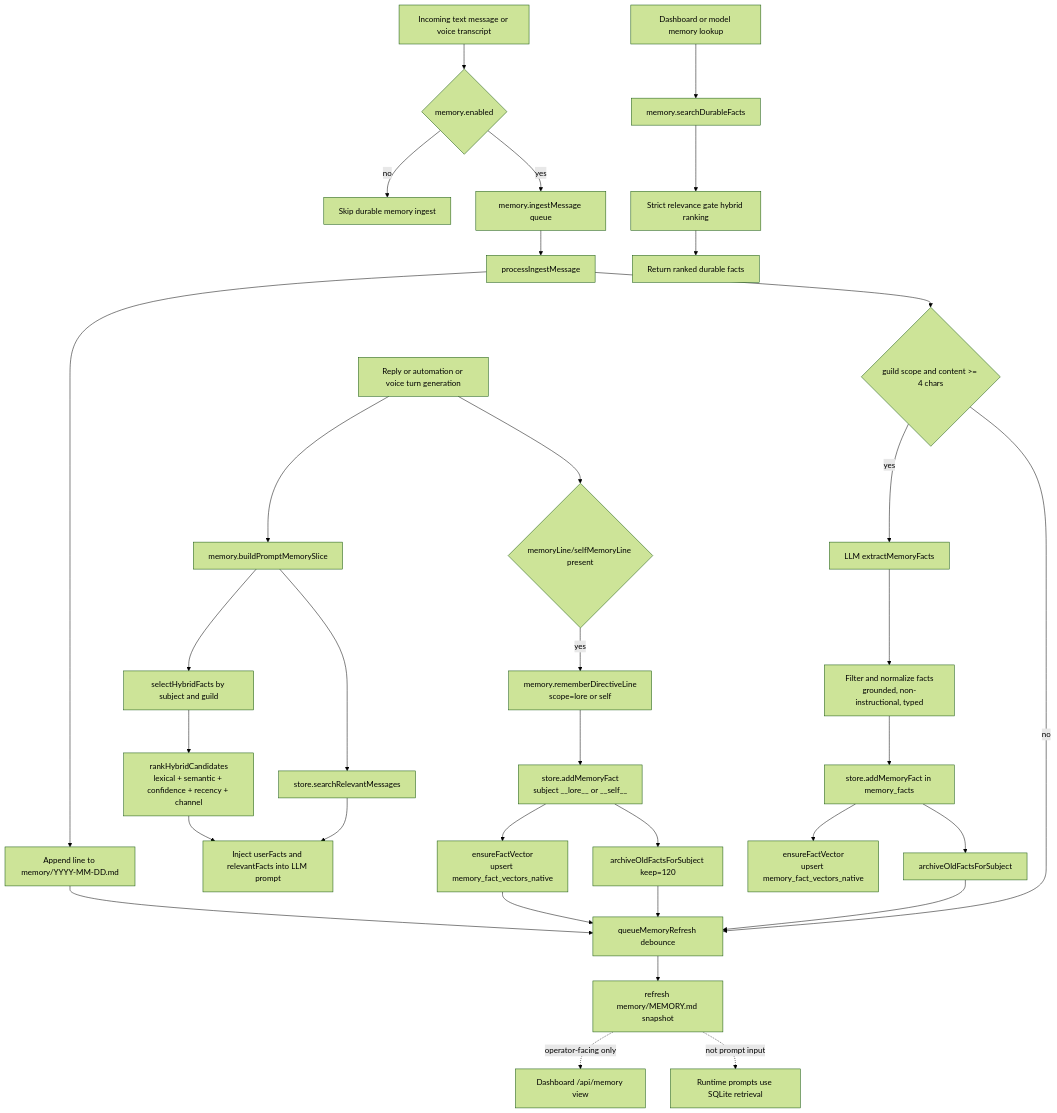
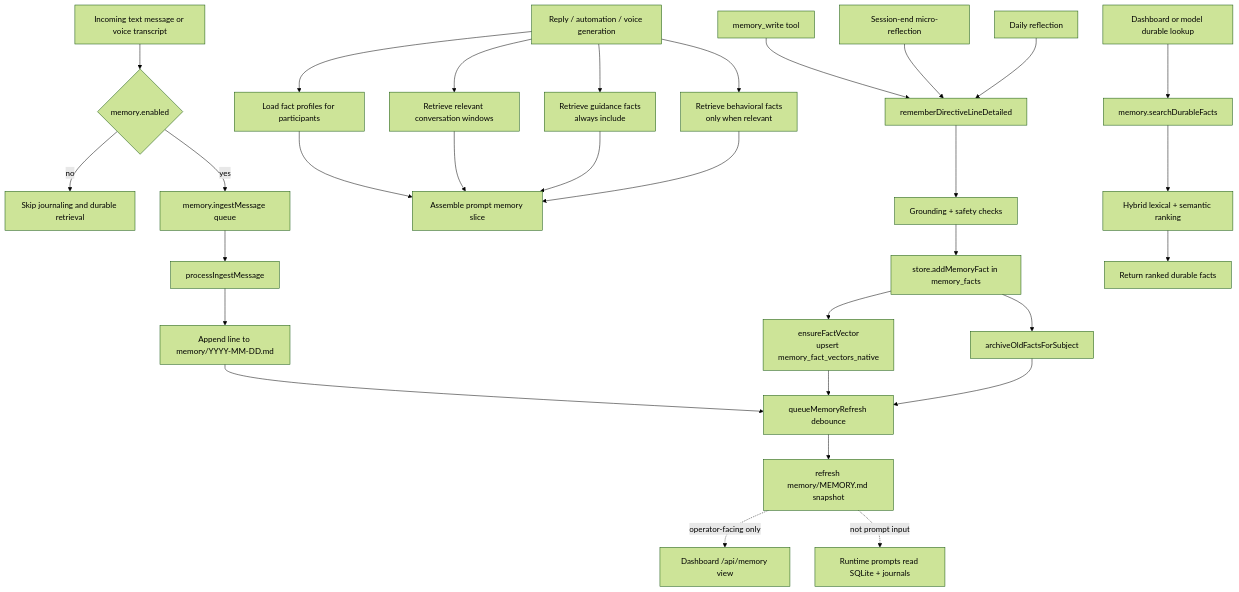
Before and after one commit to Volpestyle/clanker_conk: the diagram in docs/diagrams/memory-system-flow.mmd, drawn with Mermaid (forest theme). The commit also changed 35 other files, not shown here.

```diff
--- a/docs/diagrams/memory-system-flow.mmd
+++ b/docs/diagrams/memory-system-flow.mmd
@@ -1,37 +1,34 @@
 flowchart TD
     A[Incoming text message or voice transcript] --> B{memory.enabled}
-    B -- no --> N0[Skip durable memory ingest]
+    B -- no --> N0[Skip journaling and durable retrieval]
     B -- yes --> C[memory.ingestMessage queue]
     C --> D[processIngestMessage]
     D --> E[Append line to memory/YYYY-MM-DD.md]
-    D --> F{guild scope and content >= 4 chars}
-    F -- yes --> G[LLM extractMemoryFacts]
-    G --> H[Filter and normalize facts<br/>grounded, non-instructional, typed]
-    H --> I[store.addMemoryFact in memory_facts]
-    I --> J[ensureFactVector<br/>upsert memory_fact_vectors_native]
-    I --> K[archiveOldFactsForSubject]
-    F -- no --> L
-    K --> L[queueMemoryRefresh debounce]
-    E --> L
-    L --> M[refresh memory/MEMORY.md snapshot]
+    E --> F[queueMemoryRefresh debounce]
+    F --> G[refresh memory/MEMORY.md snapshot]
 
-    R[Reply or automation or voice turn generation] --> S[memory.buildPromptMemorySlice]
-    S --> T[selectHybridFacts by subject and guild]
-    T --> U[rankHybridCandidates<br/>lexical + semantic + confidence + recency + channel]
-    S --> V[store.searchRelevantMessages]
-    U --> W[Inject userFacts and relevantFacts into LLM prompt]
-    V --> W
-    R --> AD{memoryLine/selfMemoryLine present}
-    AD -- yes --> AE[memory.rememberDirectiveLine<br/>scope=lore or self]
-    AE --> AF[store.addMemoryFact<br/>subject __lore__ or __self__]
-    AF --> AG[ensureFactVector<br/>upsert memory_fact_vectors_native]
-    AF --> AH[archiveOldFactsForSubject keep=120]
-    AG --> L
-    AH --> L
+    H[Reply / automation / voice generation] --> I[Load fact profiles for participants]
+    H --> J[Retrieve relevant conversation windows]
+    H --> K[Retrieve guidance facts<br/>always include]
+    H --> L[Retrieve behavioral facts<br/>only when relevant]
+    I --> M[Assemble prompt memory slice]
+    J --> M
+    K --> M
+    L --> M
 
-    X[Dashboard or model memory lookup] --> Y[memory.searchDurableFacts]
-    Y --> Z[Strict relevance gate hybrid ranking]
-    Z --> AA[Return ranked durable facts]
+    N[memory_write tool] --> O[rememberDirectiveLineDetailed]
+    P[Session-end micro-reflection] --> O
+    Q[Daily reflection] --> O
+    O --> R[Grounding + safety checks]
+    R --> S[store.addMemoryFact in memory_facts]
+    S --> T[ensureFactVector<br/>upsert memory_fact_vectors_native]
+    S --> U[archiveOldFactsForSubject]
+    T --> F
+    U --> F
 
-    M -. operator-facing only .-> AB[Dashboard /api/memory view]
-    M -. not prompt input .-> AC[Runtime prompts use SQLite retrieval]
+    V[Dashboard or model durable lookup] --> W[memory.searchDurableFacts]
+    W --> X[Hybrid lexical + semantic ranking]
+    X --> Y[Return ranked durable facts]
+
+    G -. operator-facing only .-> Z[Dashboard /api/memory view]
+    G -. not prompt input .-> AA[Runtime prompts read SQLite + journals]
```
